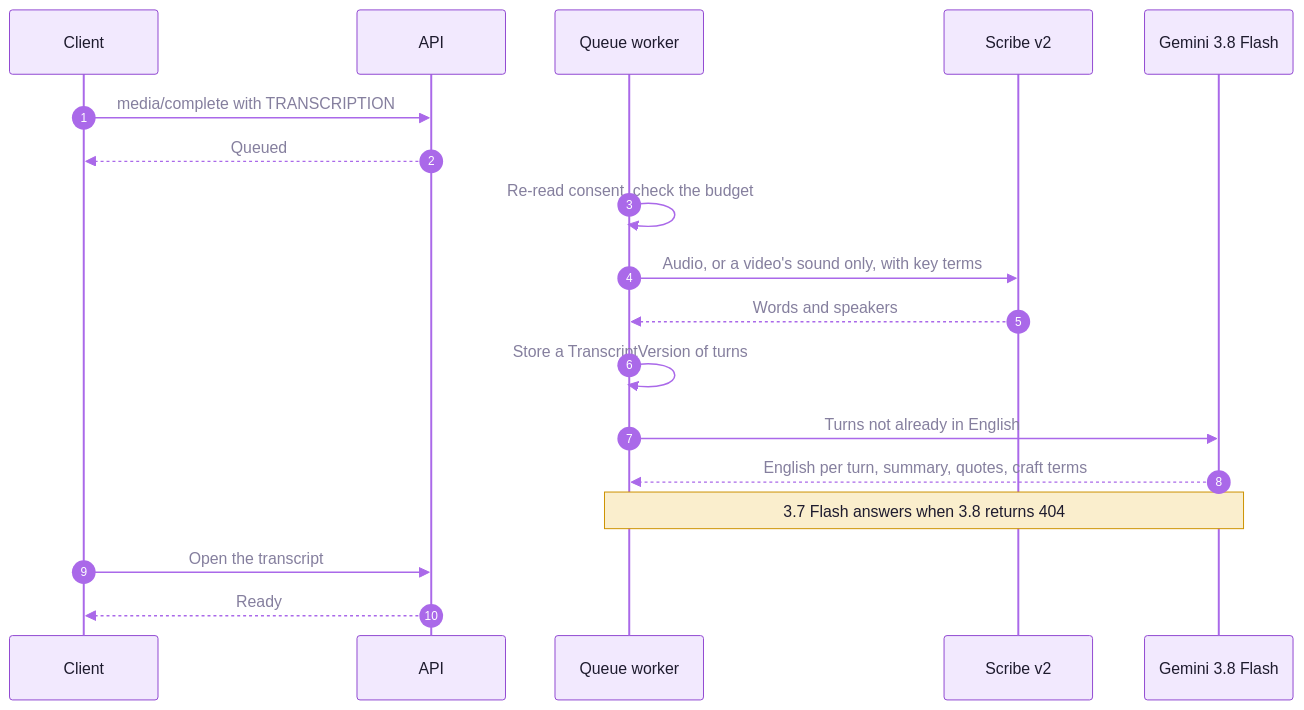
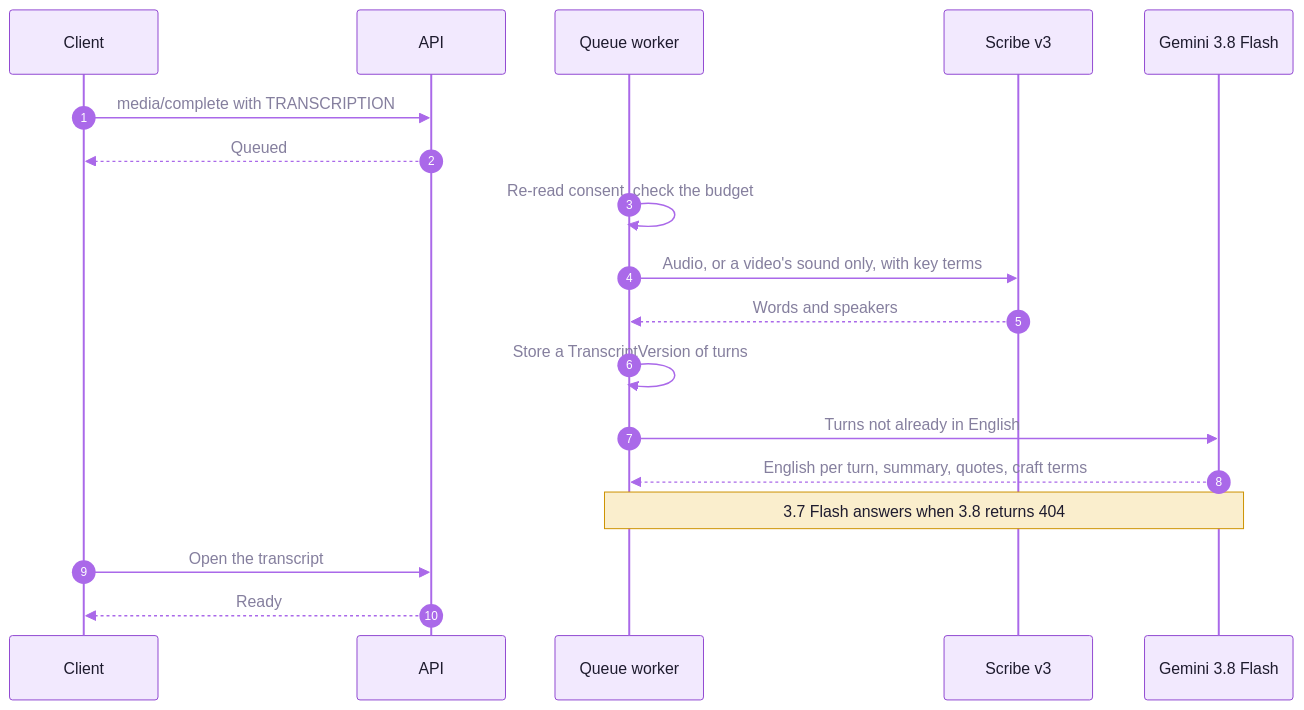
One commit to cxacraftecosystem-ui/documentation-portal changed the second of 5 diagrams in README.md. Above: the diagram before and after it, drawn with Mermaid. The commit also changed other lines of this file and 52 other files, not shown here.

````diff
--- a/README.md
+++ b/README.md
@@ -128,21 +128,21 @@
 ```mermaid
 %%{init: {"theme":"base","fontFamily":"Inter, ui-sans-serif, system-ui, -apple-system, Segoe UI, Roboto, Helvetica, Arial, sans-serif","themeVariables":{"fontSize":"15px","primaryColor":"#F2E9FE","primaryTextColor":"#1E1B2E","primaryBorderColor":"#9148D2","lineColor":"#AA69E9","textColor":"#857F9E","noteBkgColor":"#FAEECD","noteTextColor":"#1E1B2E","noteBorderColor":"#CD9200","actorBkg":"#F2E9FE","actorBorder":"#9148D2","actorTextColor":"#1E1B2E","actorLineColor":"#AA69E9","signalColor":"#AA69E9","signalTextColor":"#857F9E","labelBoxBkgColor":"#F2E9FE","labelBoxBorderColor":"#9148D2","labelTextColor":"#1E1B2E","loopTextColor":"#857F9E","activationBkgColor":"#E7D5FE","activationBorderColor":"#9148D2","sequenceNumberColor":"#FFFFFF"}}}%%
 sequenceDiagram
   autonumber
   participant C as Client
   participant API
   participant Q as Queue worker
-  participant EL as Scribe v2
+  participant EL as Scribe v3
   participant GM as Gemini 3.8 Flash
   C->>API: media/complete with TRANSCRIPTION
   API-->>C: Queued
   Q->>Q: Re-read consent, check the budget
   Q->>EL: Audio, or a video's sound only, with key terms
   EL-->>Q: Words and speakers
   Q->>Q: Store a TranscriptVersion of turns
   Q->>GM: Turns not already in English
   GM-->>Q: English per turn, summary, quotes, craft terms
   Note over Q,GM: 3.7 Flash answers when 3.8 returns 404
   C->>API: Open the transcript
   API-->>C: Ready
 ```
````
